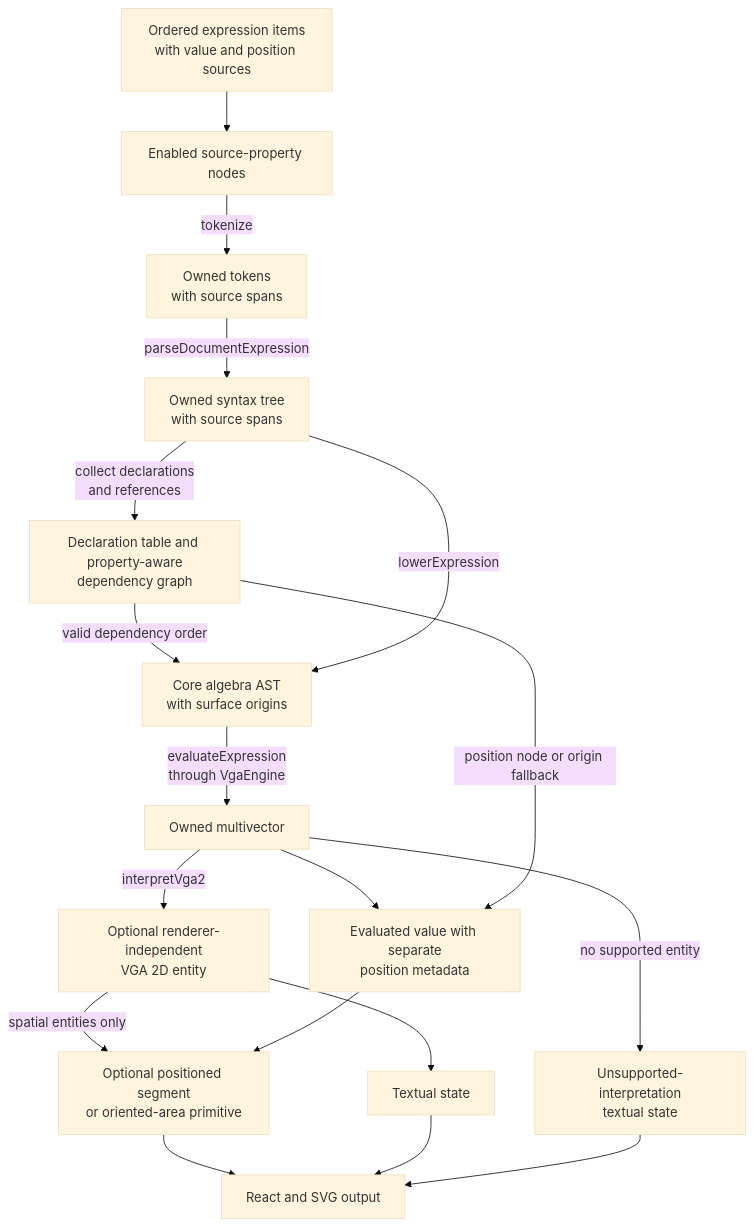
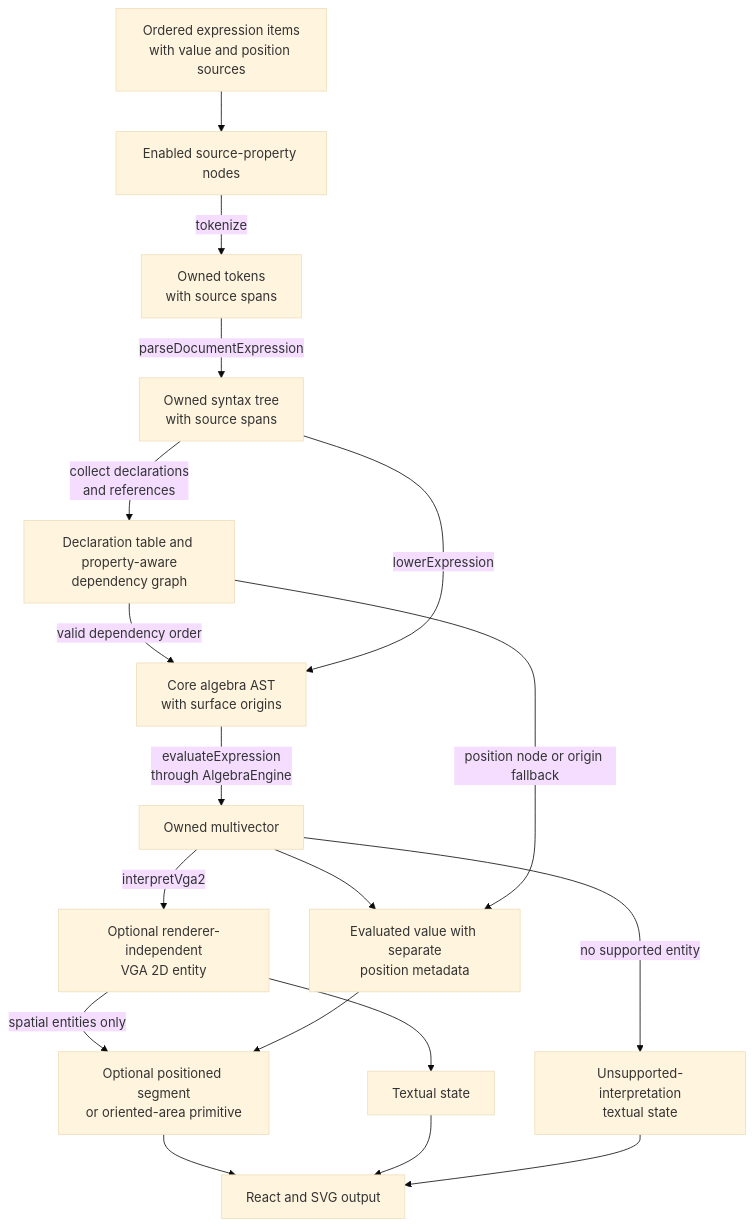
Before and after one commit to eharquin/multivector: the second of 2 diagrams in docs/architecture/application-architecture.md, drawn with Mermaid (base theme). The commit also changed 15 other files, not shown here.

First line of the commit message:
Drive owned values and the engine contract by an algebra basis (#147)

````diff
--- a/docs/architecture/application-architecture.md
+++ b/docs/architecture/application-architecture.md
@@ -74,34 +74,34 @@
 ```mermaid
 flowchart TD
     DOCUMENT["Ordered expression items<br/>with value and position sources"]
     SOURCE["Enabled source-property nodes"]
     TOKENS["Owned tokens<br/>with source spans"]
     AST["Owned syntax tree<br/>with source spans"]
     GRAPH["Declaration table and property-aware<br/>dependency graph"]
     CORE["Core algebra AST<br/>with surface origins"]
     VALUE["Owned multivector"]
     ENTITY["Optional renderer-independent<br/>VGA 2D entity"]
     UNSUPPORTED["Unsupported-interpretation<br/>textual state"]
     RECORD["Evaluated value with separate<br/>position metadata"]
     PRIMITIVE["Optional positioned segment<br/>or oriented-area primitive"]
     TEXT["Textual state"]
     OUTPUT["React and SVG output"]
 
     DOCUMENT --> SOURCE
     SOURCE -->|"tokenize"| TOKENS
     TOKENS -->|"parseDocumentExpression"| AST
     AST -->|"collect declarations<br/>and references"| GRAPH
     GRAPH -->|"valid dependency order"| CORE
     AST -->|"lowerExpression"| CORE
-    CORE -->|"evaluateExpression<br/>through VgaEngine"| VALUE
+    CORE -->|"evaluateExpression<br/>through AlgebraEngine"| VALUE
     VALUE --> RECORD
     GRAPH -->|"position node or origin fallback"| RECORD
     VALUE -->|"interpretVga2"| ENTITY
     VALUE -->|"no supported entity"| UNSUPPORTED
     ENTITY --> TEXT
     ENTITY -->|"spatial entities only"| PRIMITIVE
     RECORD --> PRIMITIVE
     PRIMITIVE --> OUTPUT
     TEXT --> OUTPUT
     UNSUPPORTED --> OUTPUT
 ```
````
